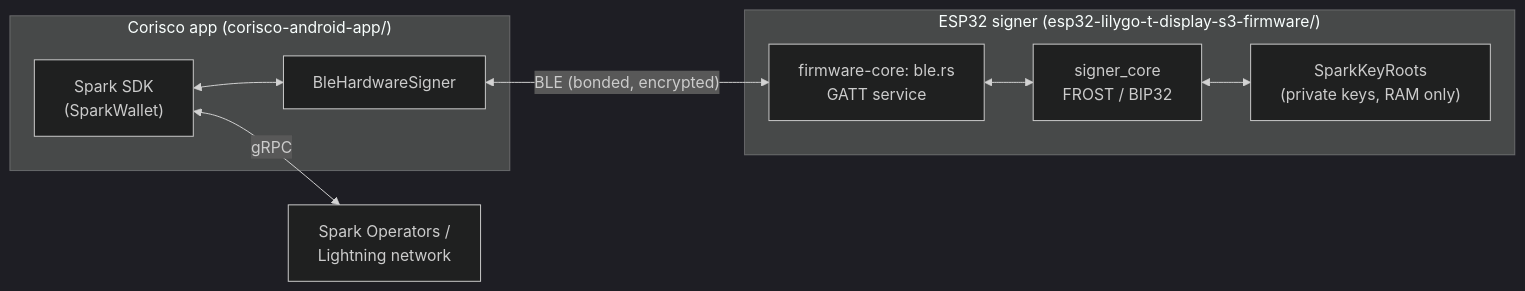
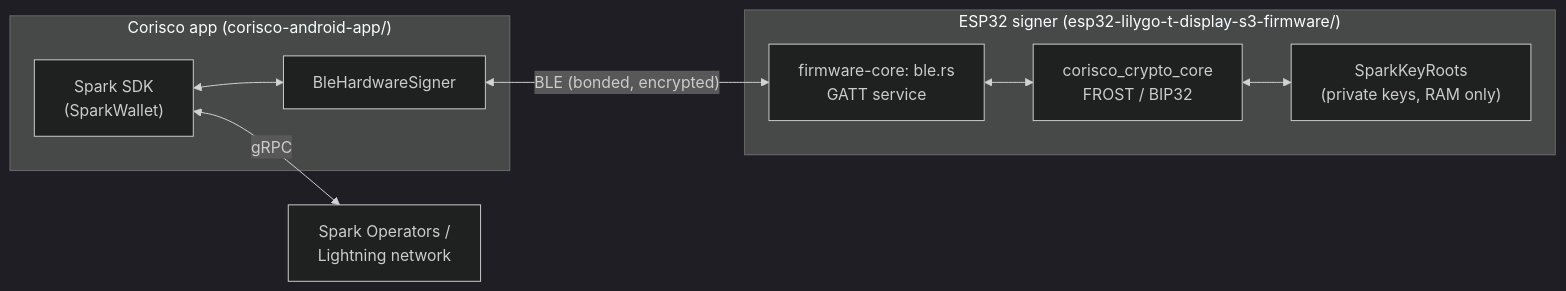
One commit to corisco-wallet/corisco-firmware changed the first of 2 diagrams in docs/architecture.md. Above: the diagram before and after it, drawn with Mermaid (dark theme). The commit also changed other lines of this file and 14 other files, not shown here.

Commit message:
chore: rename signer-core to corisco-crypto-core and pin it to the v0.1.0 git tag

````diff
--- a/docs/architecture.md
+++ b/docs/architecture.md
@@ -13,19 +13,19 @@
 ```mermaid
 flowchart LR
     subgraph Phone["Corisco app (corisco-android-app/)"]
         SDK["Spark SDK\n(SparkWallet)"]
         Signer["BleHardwareSigner"]
         SDK <--> Signer
     end
     subgraph Signer_HW["ESP32 signer (esp32-lilygo-t-display-s3-firmware/)"]
         BLE["firmware-core: ble.rs\nGATT service"]
-        Core["signer_core\nFROST / BIP32"]
+        Core["corisco_crypto_core\nFROST / BIP32"]
         Roots["SparkKeyRoots\n(private keys, RAM only)"]
         BLE <--> Core
         Core <--> Roots
     end
     Net["Spark Operators /\nLightning network"]
 
     Signer <-- "BLE (bonded, encrypted)" --> BLE
     SDK <-- "gRPC" --> Net
 ```
````
